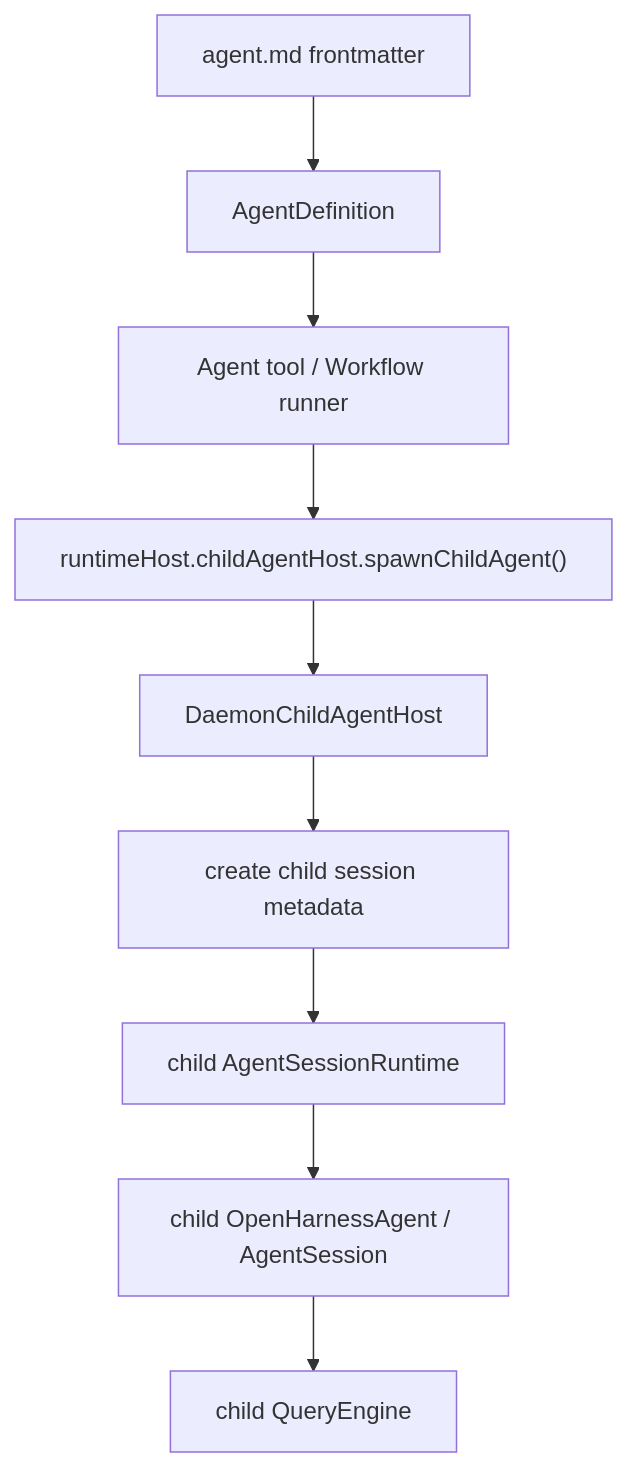
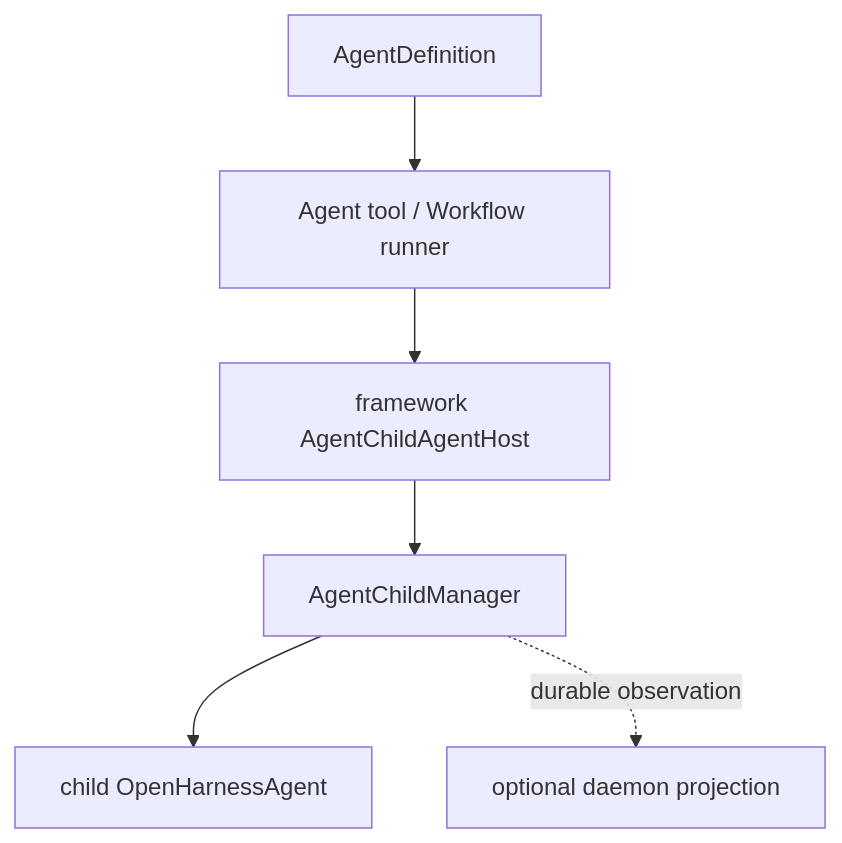
The diagram in docs/coordinator-agents-design.md (rzx007/openharness-ts), drawn with Mermaid before and after one commit. The commit also changed other lines of this file and 23 other files, not shown here.

Commit message:
docs: establish authoritative agent daemon architecture

````diff
--- a/docs/coordinator-agents-design.md
+++ b/docs/coordinator-agents-design.md
@@ -59,11 +33,12 @@
 ```mermaid
 flowchart TD
-  md["agent.md frontmatter"] --> def["AgentDefinition"]
-  def --> agentTool["Agent tool / Workflow runner"]
-  agentTool --> host["runtimeHost.childAgentHost.spawnChildAgent()"]
-  host --> daemon["DaemonChildAgentHost"]
-  daemon --> child["create child session metadata"]
-  child --> runtime["child AgentSessionRuntime"]
-  runtime --> agent["child OpenHarnessAgent / AgentSession"]
-  agent --> qe["child QueryEngine"]
+  Definition["AgentDefinition"]
+  Tool["Agent tool / Workflow runner"]
+  Host["framework AgentChildAgentHost"]
+  Manager["AgentChildManager"]
+  Projection["optional daemon projection"]
+  Child["child OpenHarnessAgent"]
+
+  Definition --> Tool --> Host --> Manager --> Child
+  Manager -. durable observation .-> Projection
 ```
````
